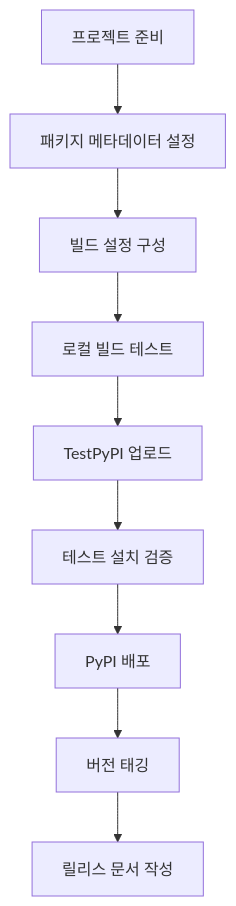
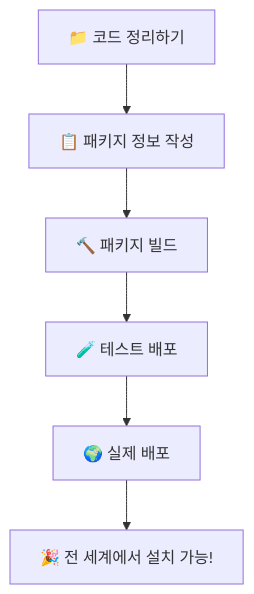
The diagram in docs/chapter11.md (geniuskey/krenamer), drawn with Mermaid before and after one commit. The commit also changed other lines of this file and 11 other files, not shown here.

````diff
--- a/docs/chapter11.md
+++ b/docs/chapter11.md
@@ -27,11 +42,8 @@
 ```mermaid
 graph TD
-    A[프로젝트 준비] --> B[패키지 메타데이터 설정]
-    B --> C[빌드 설정 구성]
-    C --> D[로컬 빌드 테스트]
-    D --> E[TestPyPI 업로드]
-    E --> F[테스트 설치 검증]
-    F --> G[PyPI 배포]
-    G --> H[버전 태깅]
-    H --> I[릴리스 문서 작성]
+    A["📁 코드 정리하기"] --> B["📋 패키지 정보 작성"]
+    B --> C["🔨 패키지 빌드"]
+    C --> D["🧪 테스트 배포"]
+    D --> E["🌍 실제 배포"]
+    E --> F["🎉 전 세계에서 설치 가능!"]
 ```
````
